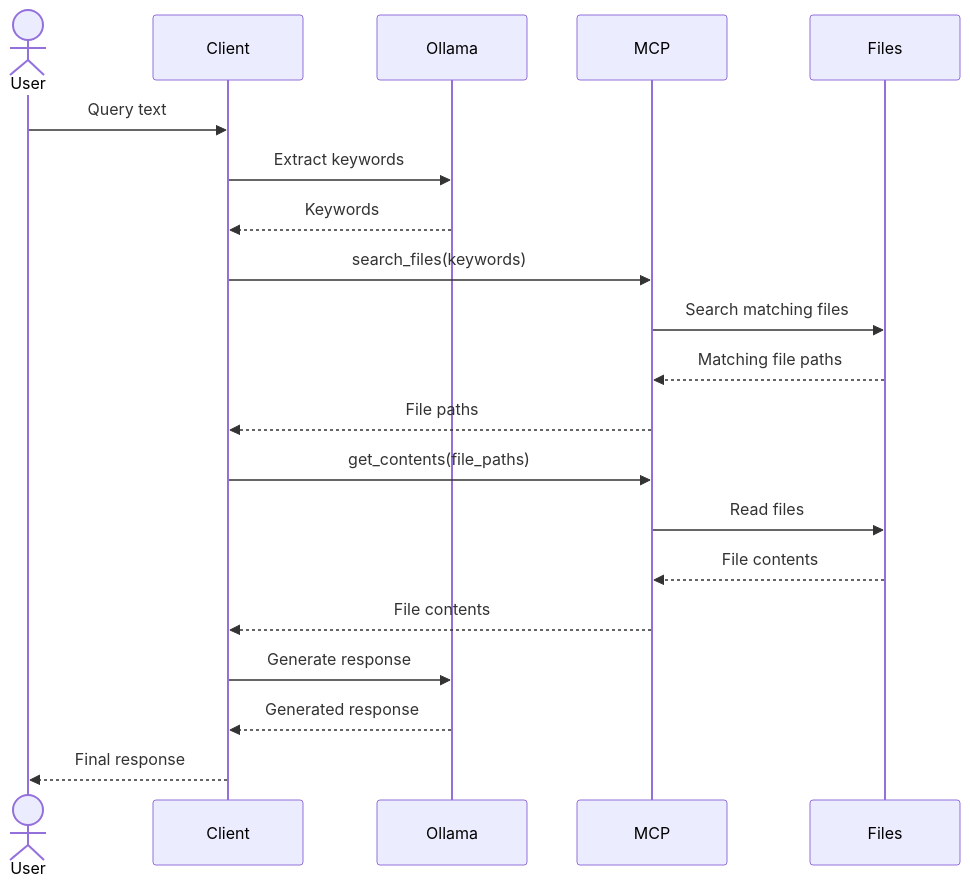
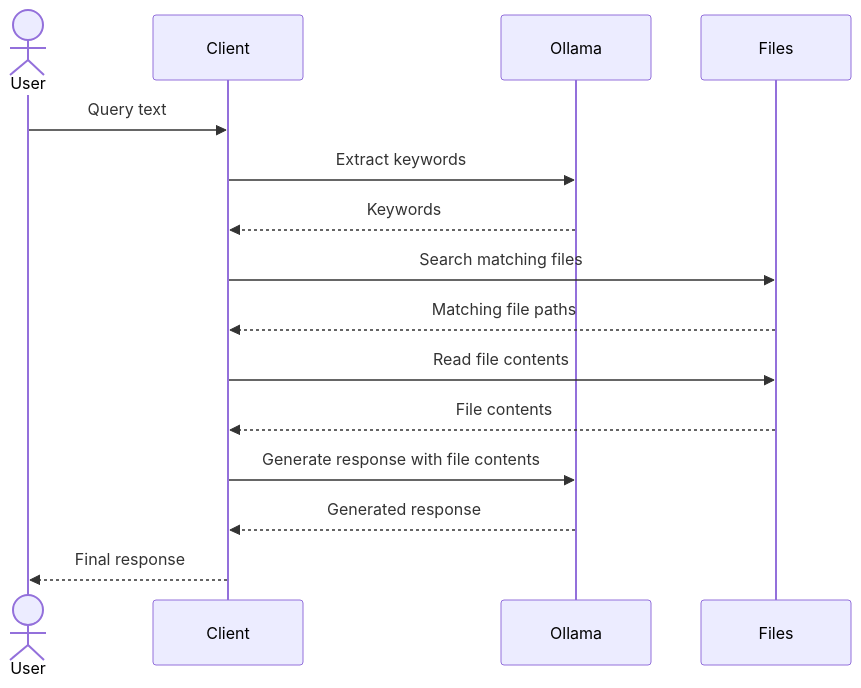
One commit to xorphitus/brain changed the second of 2 diagrams in DESIGN.md. Above: the diagram before and after it, drawn with Mermaid. The commit also changed other lines of this file, not shown here.

Commit message:
docs: update design documentation to reflect changes in file operations and client integration

````diff
--- a/DESIGN.md
+++ b/DESIGN.md
@@ -22,26 +22,21 @@
 ```mermaid
 sequenceDiagram
     actor User
     participant Client
     participant Ollama
-    participant MCP
     participant Files
 
     User->>Client: Query text
     Client->>Ollama: Extract keywords
     Ollama-->>Client: Keywords
 
-    Client->>MCP: search_files(keywords)
-    MCP->>Files: Search matching files
-    Files-->>MCP: Matching file paths
-    MCP-->>Client: File paths
+    Client->>Files: Search matching files
+    Files-->>Client: Matching file paths
 
-    Client->>MCP: get_contents(file_paths)
-    MCP->>Files: Read files
-    Files-->>MCP: File contents
-    MCP-->>Client: File contents
+    Client->>Files: Read file contents
+    Files-->>Client: File contents
 
-    Client->>Ollama: Generate response
+    Client->>Ollama: Generate response with file contents
     Ollama-->>Client: Generated response
     Client-->>User: Final response
 ```
````
